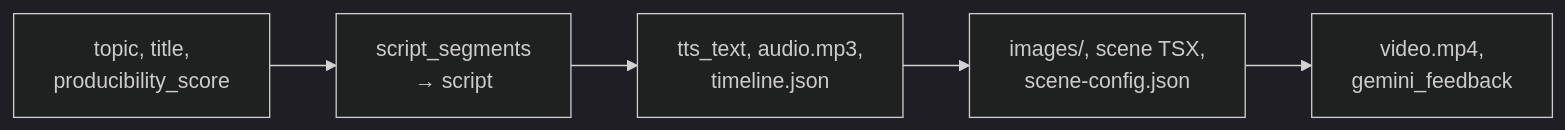
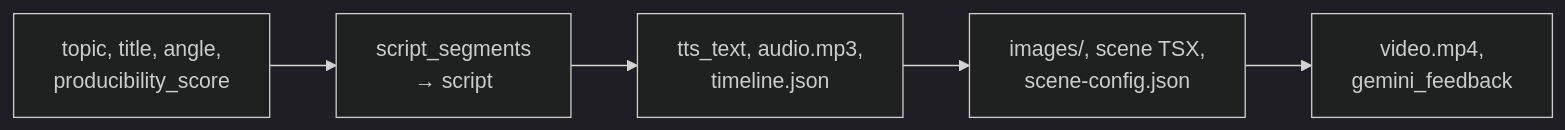
The third of 3 diagrams in docs/developer/02-pipeline.md (teja156/tubematic), drawn with Mermaid (dark theme) before and after one commit. The commit also changed other lines of this file and 62 other files, not shown here.

Commit message:
Topic angles: research proposes a topic only with an angle (sentence, kind, score), shown and editable at Topic Proposed, optional on New Video, filled by the agent at pickup, and read by the script writer (TMDEV-214)

````diff
--- a/docs/developer/02-pipeline.md
+++ b/docs/developer/02-pipeline.md
@@ -329,7 +329,7 @@
 ```mermaid
 flowchart LR
-    A["topic, title,<br/>producibility_score"] --> B["script_segments<br/>→ script"]
+    A["topic, title, angle,<br/>producibility_score"] --> B["script_segments<br/>→ script"]
     B --> C["tts_text, audio.mp3,<br/>timeline.json"]
     C --> D["images/, scene TSX,<br/>scene-config.json"]
     D --> E["video.mp4,<br/>gemini_feedback"]
 ```
````
